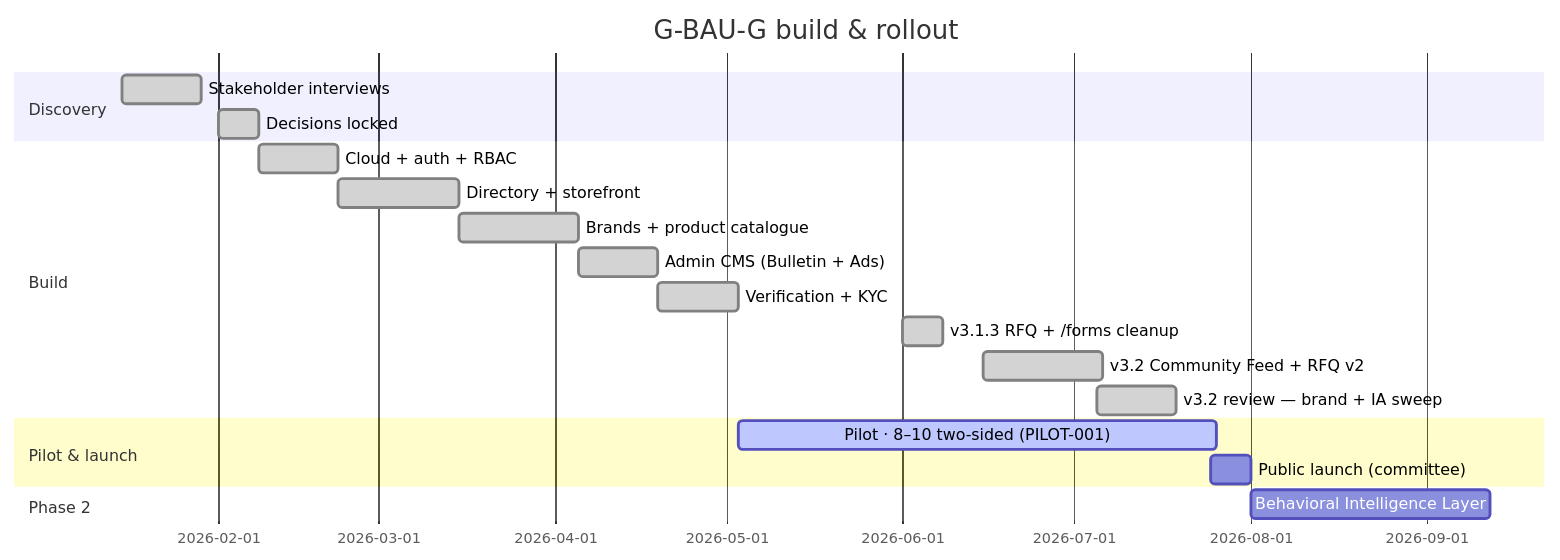
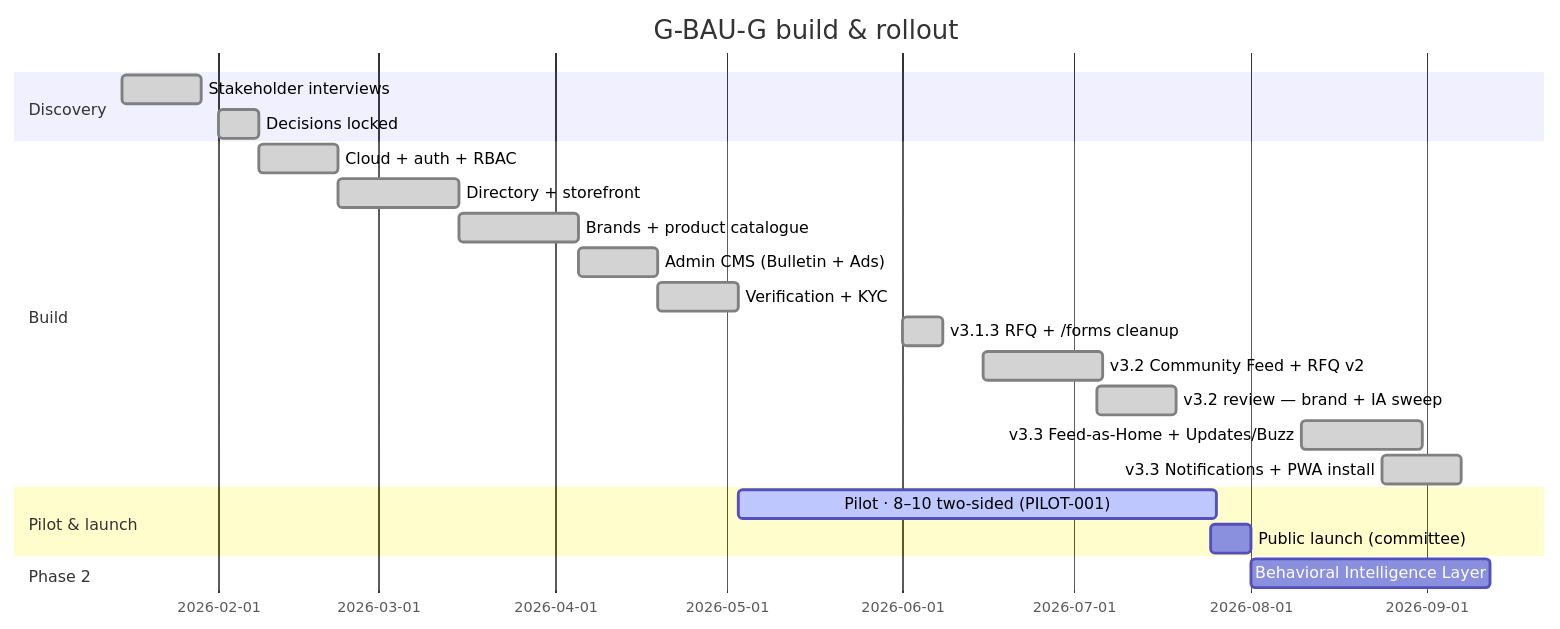
Before and after one commit to arka97/mddma-test: the second of 2 diagrams in src/content/docs/02-business-and-scope.md, drawn with Mermaid. The commit also changed other lines of this file and 6 other files, not shown here.

````diff
--- a/src/content/docs/02-business-and-scope.md
+++ b/src/content/docs/02-business-and-scope.md
@@ -39,22 +39,24 @@
 ```mermaid
 gantt
   title G-BAU-G build & rollout
   dateFormat  YYYY-MM-DD
   section Discovery
   Stakeholder interviews         :done, 2026-01-15, 2w
   Decisions locked               :done, 2026-02-01, 1w
   section Build
   Cloud + auth + RBAC            :done, 2026-02-08, 2w
   Directory + storefront         :done, 2026-02-22, 3w
   Brands + product catalogue     :done, 2026-03-15, 3w
   Admin CMS (Bulletin + Ads)     :done, 2026-04-05, 2w
   Verification + KYC             :done, 2026-04-19, 2w
   v3.1.3 RFQ + /forms cleanup    :done, 2026-06-01, 1w
   v3.2 Community Feed + RFQ v2   :done, 2026-06-15, 3w
   v3.2 review — brand + IA sweep :done, 2026-07-05, 2w
+  v3.3 Feed-as-Home + Updates/Buzz :done, 2026-08-10, 3w
+  v3.3 Notifications + PWA install :done, 2026-08-24, 2w
   section Pilot & launch
   Pilot · 8–10 two-sided (PILOT-001) :active, 2026-05-03, 12w
   Public launch (committee)      : 2026-07-25, 1w
   section Phase 2
   Behavioral Intelligence Layer  : 2026-08-01, 6w
 ```
````
